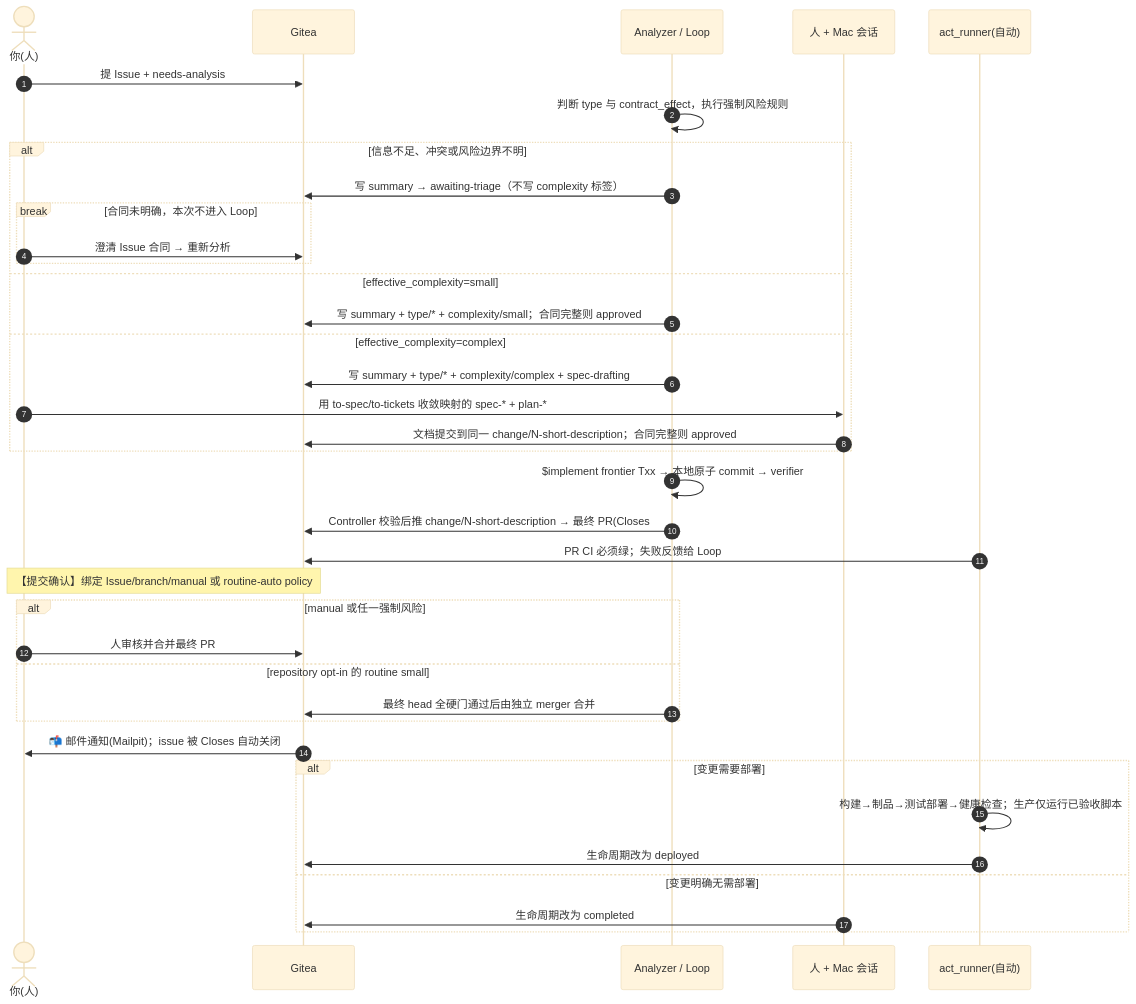
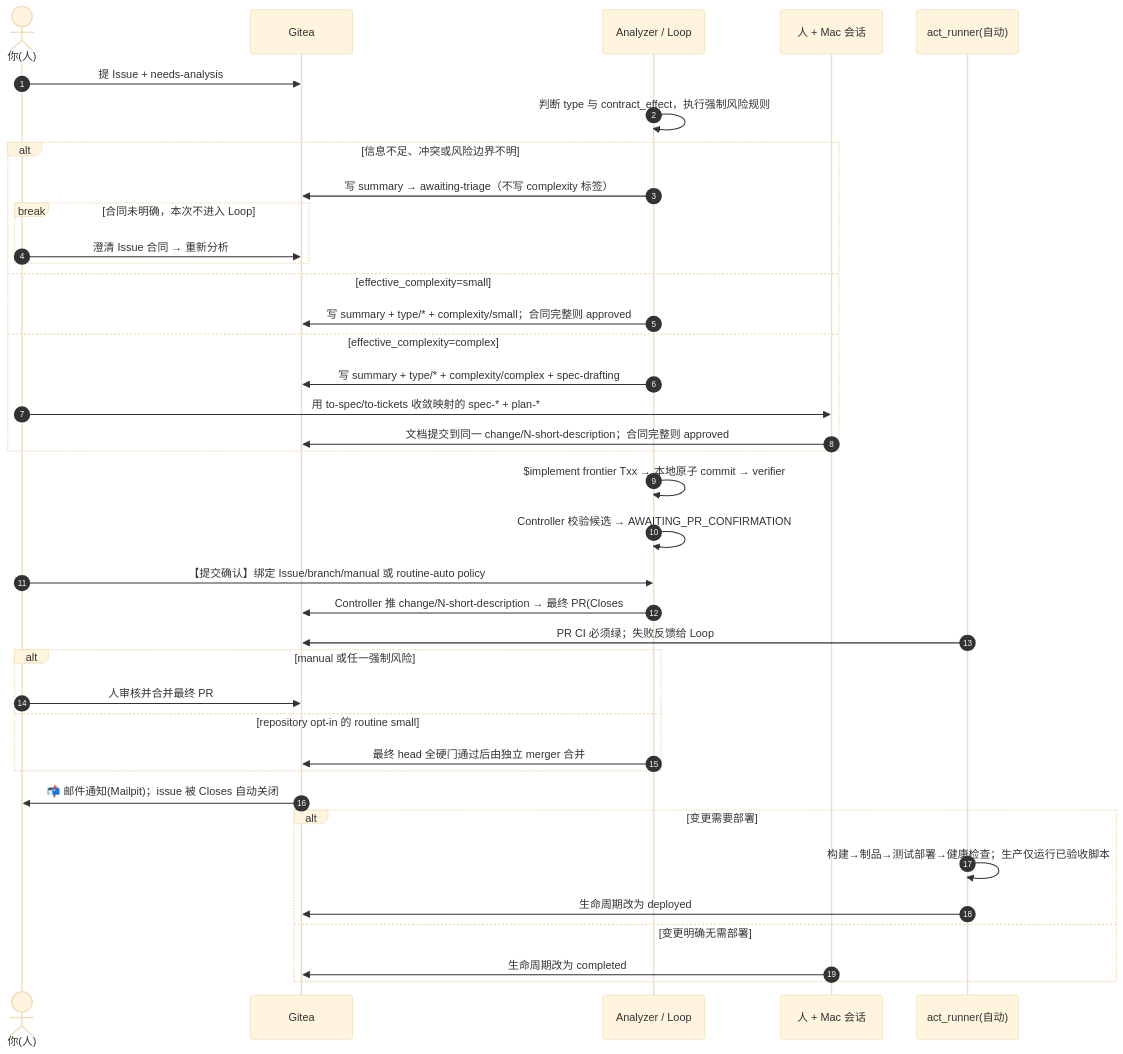
The second of 2 diagrams in README.md (BenQue/AIGitea), drawn with Mermaid (base theme) before and after one commit. The commit also changed other lines of this file and 22 other files, not shown here.

````diff
--- a/README.md
+++ b/README.md
@@ -106,40 +114,41 @@
 ```mermaid
 sequenceDiagram
     autonumber
     actor U as 你(人)
     participant G as Gitea
     participant A as Analyzer / Loop
     participant M as 人 + Mac 会话
     participant R as act_runner(自动)
 
     U->>G: 提 Issue + needs-analysis
     A->>A: 判断 type 与 contract_effect，执行强制风险规则
     alt 信息不足、冲突或风险边界不明
         A->>G: 写 summary → awaiting-triage（不写 complexity 标签）
         break 合同未明确，本次不进入 Loop
             U->>G: 澄清 Issue 合同 → 重新分析
         end
     else effective_complexity=small
         A->>G: 写 summary + type/* + complexity/small；合同完整则 approved
     else effective_complexity=complex
         A->>G: 写 summary + type/* + complexity/complex + spec-drafting
         U->>M: 用 to-spec/to-tickets 收敛映射的 spec-* + plan-*
         M->>G: 文档提交到同一 change/N-short-description；合同完整则 approved
     end
     A->>A: $implement frontier Txx → 本地原子 commit → verifier
-    A->>G: Controller 校验后推 change/N-short-description → 最终 PR(Closes #N) → pr-open
+    A->>A: Controller 校验候选 → AWAITING_PR_CONFIRMATION
+    U->>A: 【提交确认】绑定 Issue/branch/manual 或 routine-auto policy
+    A->>G: Controller 推 change/N-short-description → 最终 PR(Closes #N) → pr-open
     R->>G: PR CI 必须绿；失败反馈给 Loop
-    Note over U,G: 【提交确认】绑定 Issue/branch/manual 或 routine-auto policy
     alt manual 或任一强制风险
         U->>G: 人审核并合并最终 PR
     else repository opt-in 的 routine small
         A->>G: 最终 head 全硬门通过后由独立 merger 合并
     end
     G->>U: 📬 邮件通知(Mailpit)；issue 被 Closes 自动关闭
     alt 变更需要部署
         R->>R: 构建→制品→测试部署→健康检查；生产仅运行已验收脚本
         R->>G: 生命周期改为 deployed
     else 变更明确无需部署
         M->>G: 生命周期改为 completed
     end
 ```
````
